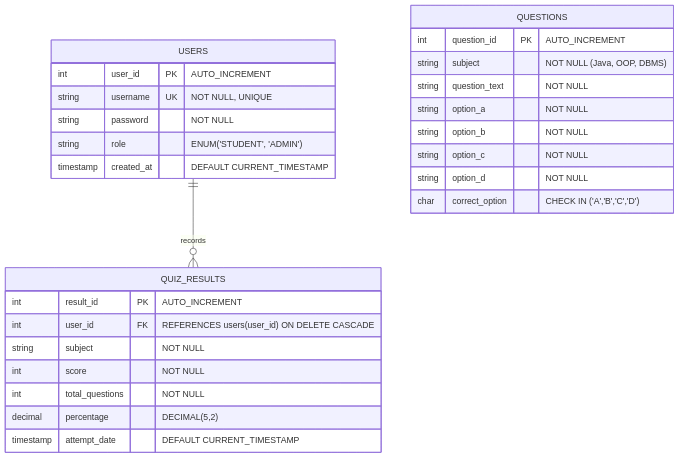
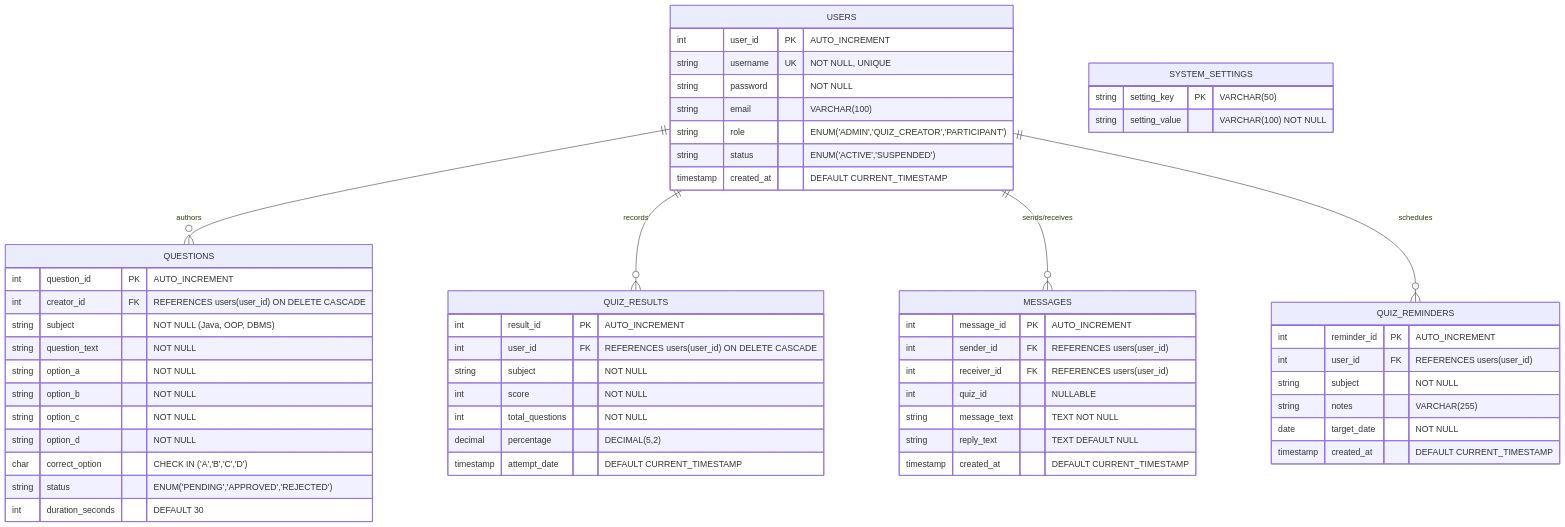
Before and after one commit to rayyanzeya2-netizen/Quizbyte: the diagram in docs/Quizbyte_Project_Presentation.md, drawn with Mermaid. The commit also changed other lines of this file and 19 other files, not shown here.

Commit message:
feat: complete full 3-role platform (Admin, Quiz Creator, Participant) with approval workflow and messaging

````diff
--- a/docs/Quizbyte_Project_Presentation.md
+++ b/docs/Quizbyte_Project_Presentation.md
@@ -82,33 +86,65 @@
 ```mermaid
 erDiagram
+    USERS ||--o{ QUESTIONS : "authors"
     USERS ||--o{ QUIZ_RESULTS : "records"
+    USERS ||--o{ MESSAGES : "sends/receives"
+    USERS ||--o{ QUIZ_REMINDERS : "schedules"
     
     USERS {
         int user_id PK "AUTO_INCREMENT"
         string username UK "NOT NULL, UNIQUE"
         string password "NOT NULL"
-        string role "ENUM('STUDENT', 'ADMIN')"
+        string email "VARCHAR(100)"
+        string role "ENUM('ADMIN','QUIZ_CREATOR','PARTICIPANT')"
+        string status "ENUM('ACTIVE','SUSPENDED')"
         timestamp created_at "DEFAULT CURRENT_TIMESTAMP"
     }
 
     QUESTIONS {
         int question_id PK "AUTO_INCREMENT"
+        int creator_id FK "REFERENCES users(user_id) ON DELETE CASCADE"
         string subject "NOT NULL (Java, OOP, DBMS)"
         string question_text "NOT NULL"
         string option_a "NOT NULL"
         string option_b "NOT NULL"
         string option_c "NOT NULL"
         string option_d "NOT NULL"
         char correct_option "CHECK IN ('A','B','C','D')"
+        string status "ENUM('PENDING','APPROVED','REJECTED')"
+        int duration_seconds "DEFAULT 30"
     }
 
     QUIZ_RESULTS {
         int result_id PK "AUTO_INCREMENT"
         int user_id FK "REFERENCES users(user_id) ON DELETE CASCADE"
         string subject "NOT NULL"
         int score "NOT NULL"
         int total_questions "NOT NULL"
         decimal percentage "DECIMAL(5,2)"
         timestamp attempt_date "DEFAULT CURRENT_TIMESTAMP"
     }
+
+    MESSAGES {
+        int message_id PK "AUTO_INCREMENT"
+        int sender_id FK "REFERENCES users(user_id)"
+        int receiver_id FK "REFERENCES users(user_id)"
+        int quiz_id "NULLABLE"
+        string message_text "TEXT NOT NULL"
+        string reply_text "TEXT DEFAULT NULL"
+        timestamp created_at "DEFAULT CURRENT_TIMESTAMP"
+    }
+
+    QUIZ_REMINDERS {
+        int reminder_id PK "AUTO_INCREMENT"
+        int user_id FK "REFERENCES users(user_id)"
+        string subject "NOT NULL"
+        string notes "VARCHAR(255)"
+        date target_date "NOT NULL"
+        timestamp created_at "DEFAULT CURRENT_TIMESTAMP"
+    }
+
+    SYSTEM_SETTINGS {
+        string setting_key PK "VARCHAR(50)"
+        string setting_value "VARCHAR(100) NOT NULL"
+    }
 ```
````
